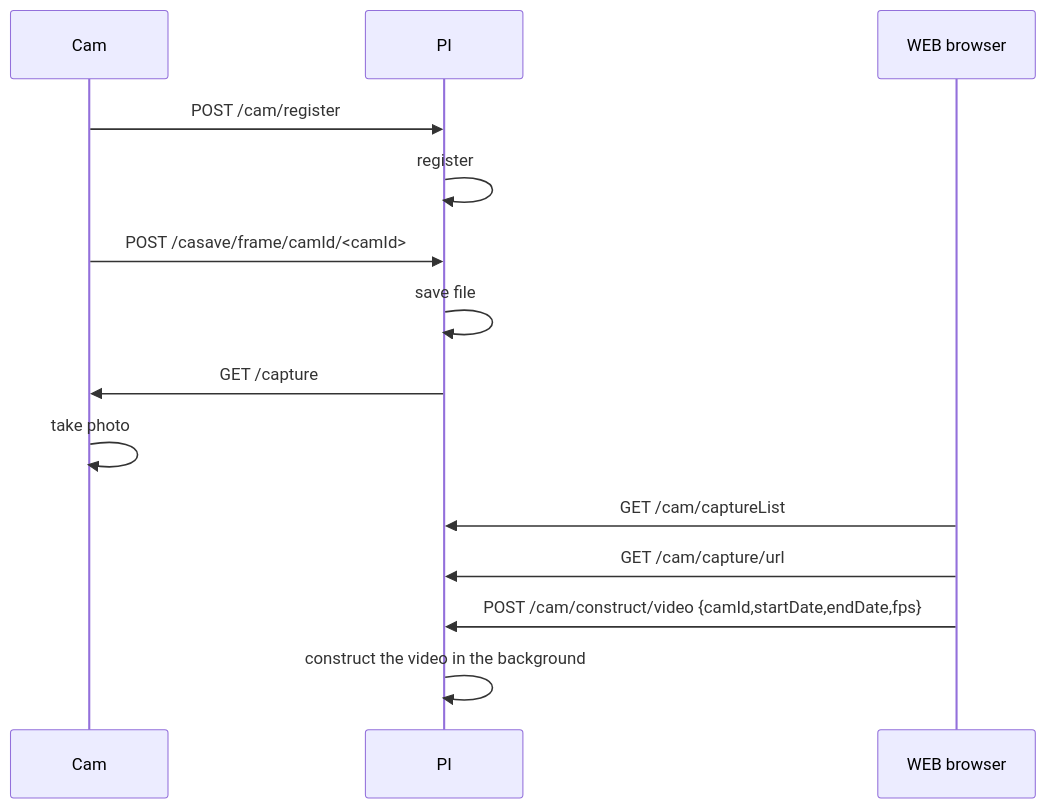
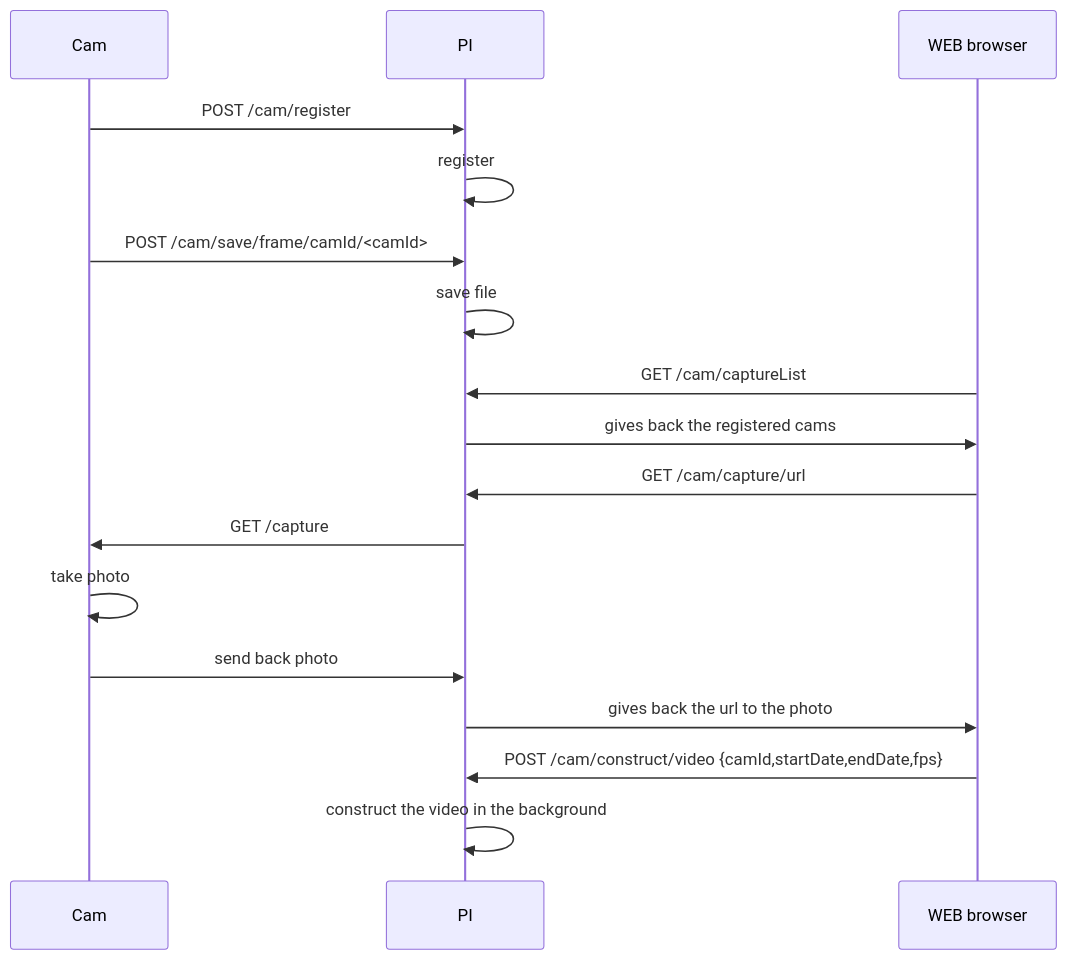
Before and after one commit to dallaszkorben/diy-greenwall: the diagram in Wiki/CentralController/centralController.md, drawn with Mermaid. The commit also changed 1 other file, not shown here.

Commit message:
Modify cam diagram

````diff
--- a/Wiki/CentralController/centralController.md
+++ b/Wiki/CentralController/centralController.md
@@ -458,20 +458,25 @@
 ```mermaid
 sequenceDiagram
 participant Cam
 participant PI
 participant WEB browser
 Cam->>PI: POST /cam/register
 PI->>PI: register
 
-Cam->>PI: POST /casave/frame/camId/<camId>
+Cam->>PI: POST /cam/save/frame/camId/<camId>
 PI->>PI: save file
 
+
+WEB browser->>PI: GET /cam/captureList
+PI->>WEB browser: gives back the registered cams
+
+WEB browser->>PI: GET /cam/capture/url
 PI->>Cam: GET /capture
 Cam->>Cam: take photo
+Cam->>PI: send back photo
+PI->>WEB browser: gives back the url to the photo 
 
-WEB browser->>PI: GET /cam/captureList
-WEB browser->>PI: GET /cam/capture/url
 WEB browser->>PI: POST /cam/construct/video {camId,startDate,endDate,fps}
 PI->>PI: construct the video in the background
 
   ```
````
